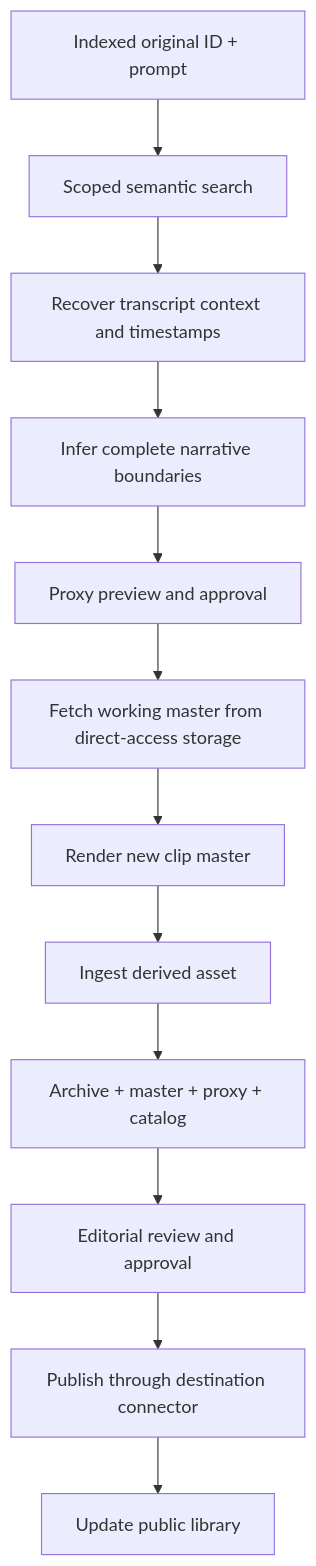
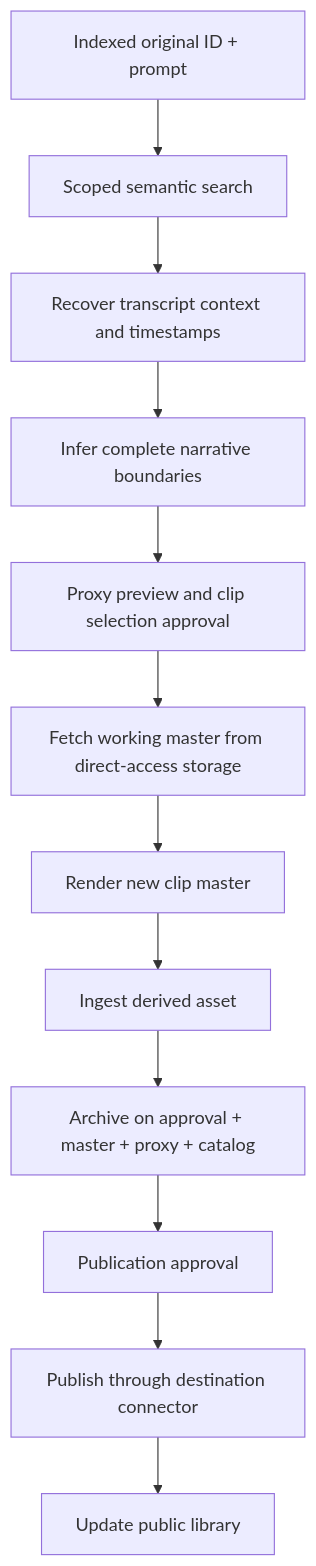
The diagram in website/docs/workflows/create-clip.md (rafaelp/vidyom), drawn with Mermaid before and after one commit. The commit also changed other lines of this file and 31 other files, not shown here.

First line of the commit message:
Record the v1.2 architecture decisions in the spec and website

````diff
--- a/website/docs/workflows/create-clip.md
+++ b/website/docs/workflows/create-clip.md
@@ -16,14 +16,14 @@
 ```mermaid
 flowchart TD
  A[Indexed original ID + prompt] --> B[Scoped semantic search]
  B --> C[Recover transcript context and timestamps]
  C --> D[Infer complete narrative boundaries]
- D --> E[Proxy preview and approval]
+ D --> E[Proxy preview and clip selection approval]
  E --> F[Fetch working master from direct-access storage]
  F --> G[Render new clip master]
  G --> H[Ingest derived asset]
- H --> I[Archive + master + proxy + catalog]
- I --> J[Editorial review and approval]
+ H --> I[Archive on approval + master + proxy + catalog]
+ I --> J[Publication approval]
  J --> K[Publish through destination connector]
  K --> L[Update public library]
 ```
````
